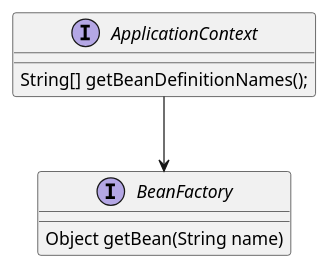
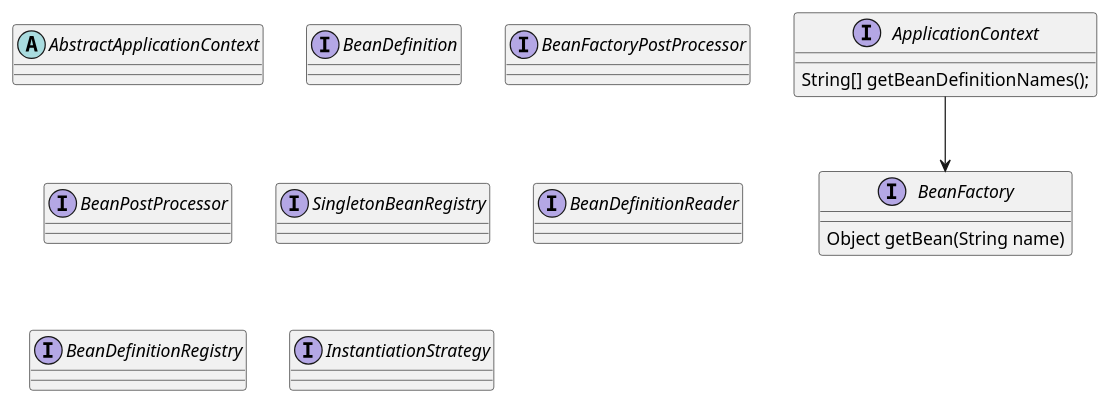
The diagram in hummer-core/core.puml (XiaoZhuoOps/Hummer), drawn with PlantUML before and after one commit. The commit also changed 25 other files, not shown here.

```diff
--- a/hummer-core/core.puml
+++ b/hummer-core/core.puml
@@ -1,12 +1,36 @@
 @startuml
 interface BeanFactory{
     Object getBean(String name)
 }
 
 interface ApplicationContext{
     String[] getBeanDefinitionNames();
 }
 
 ApplicationContext --> BeanFactory
 
+abstract class AbstractApplicationContext{
+
+}
+
+interface BeanDefinition{
+}
+
+interface BeanFactoryPostProcessor{
+
+}
+
+interface BeanPostProcessor{
+}
+
+interface SingletonBeanRegistry{
+}
+
+interface BeanDefinitionReader{}
+
+interface BeanDefinitionRegistry{}
+
+interface InstantiationStrategy{}
+
+
 @enduml
```
